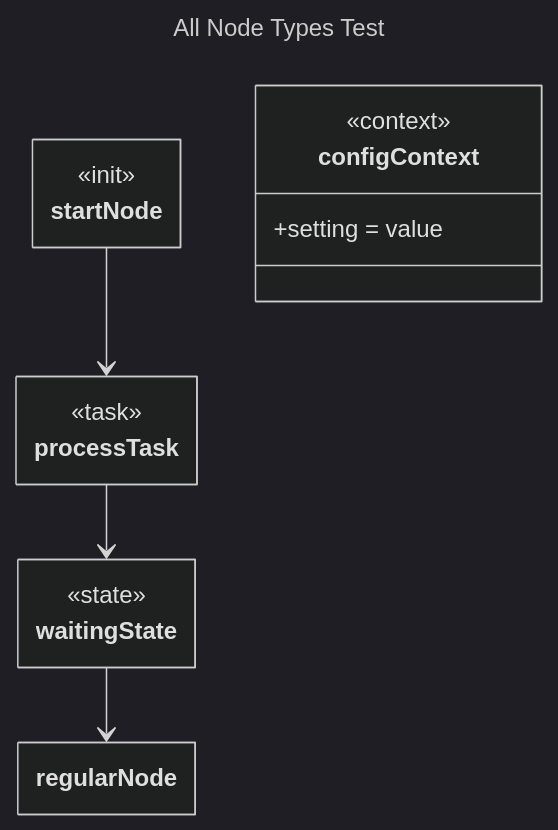
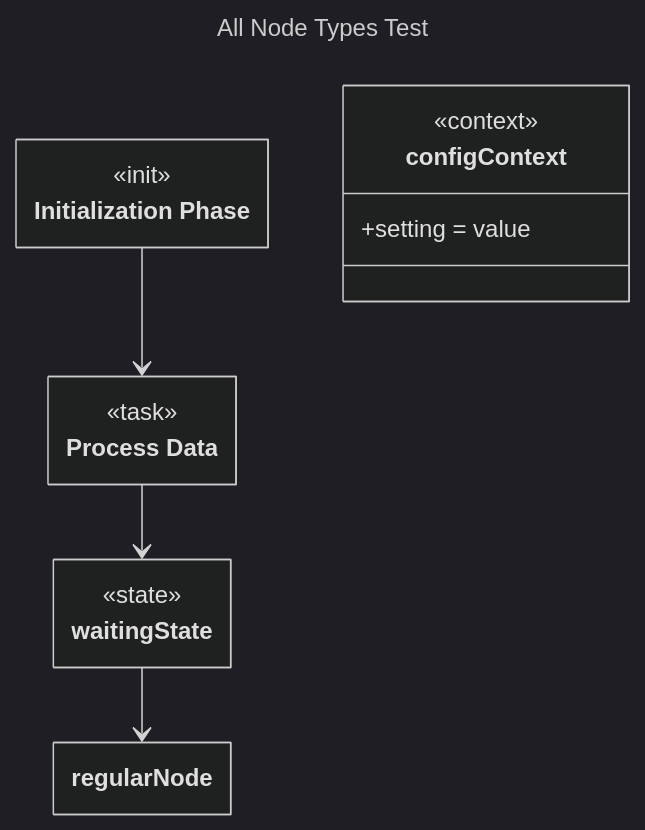
The diagram in test-output/generative/all_node_types.md (christopherdebeer/machine), drawn with Mermaid (dark theme) before and after one commit. The commit also changed other lines of this file and 28 other files, not shown here.

````diff
--- a/test-output/generative/all_node_types.md
+++ b/test-output/generative/all_node_types.md
@@ -21,35 +21,36 @@
 ```mermaid
 ---
 "title": "All Node Types Test"
 config:
     class:
         hideEmptyMembersBox: true
 ---
 classDiagram-v2
-    class startNode {
+    class startNode["Initialization Phase"] {
     <<init>>
   }
 
-  class processTask {
+  class processTask["Process Data"] {
     <<task>>
   }
 
   class waitingState {
     <<state>>
   }
 
   class configContext {
     <<context>>
     +setting = value
   }
 
   class regularNode {
     
   }
     startNode --> processTask
 
   processTask --> waitingState
 
   waitingState --> regularNode
+  
 
 ```
````
